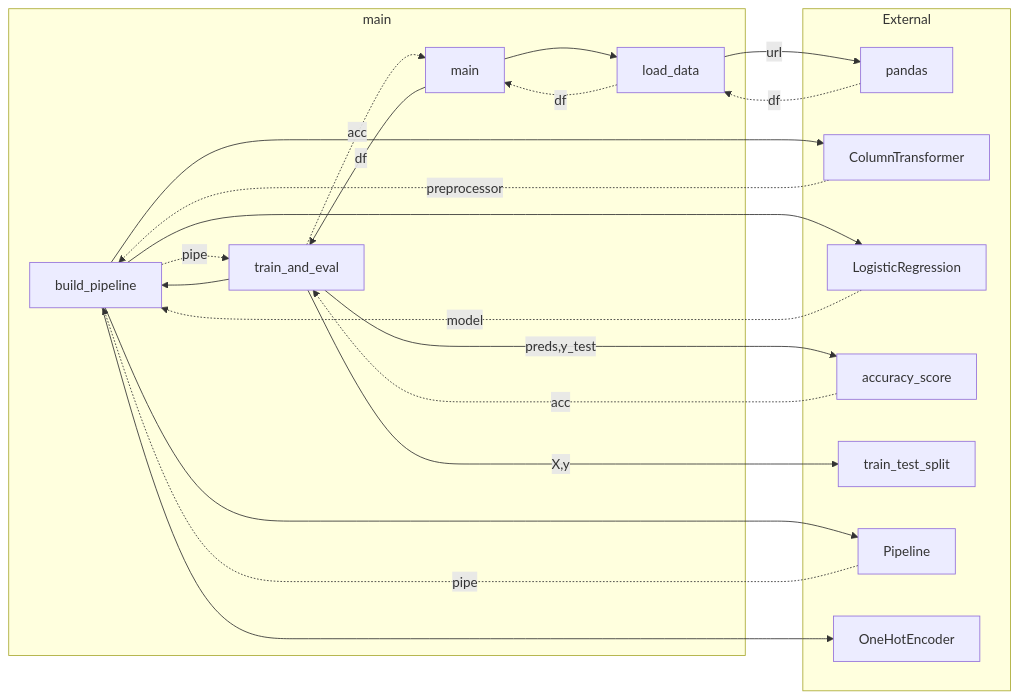
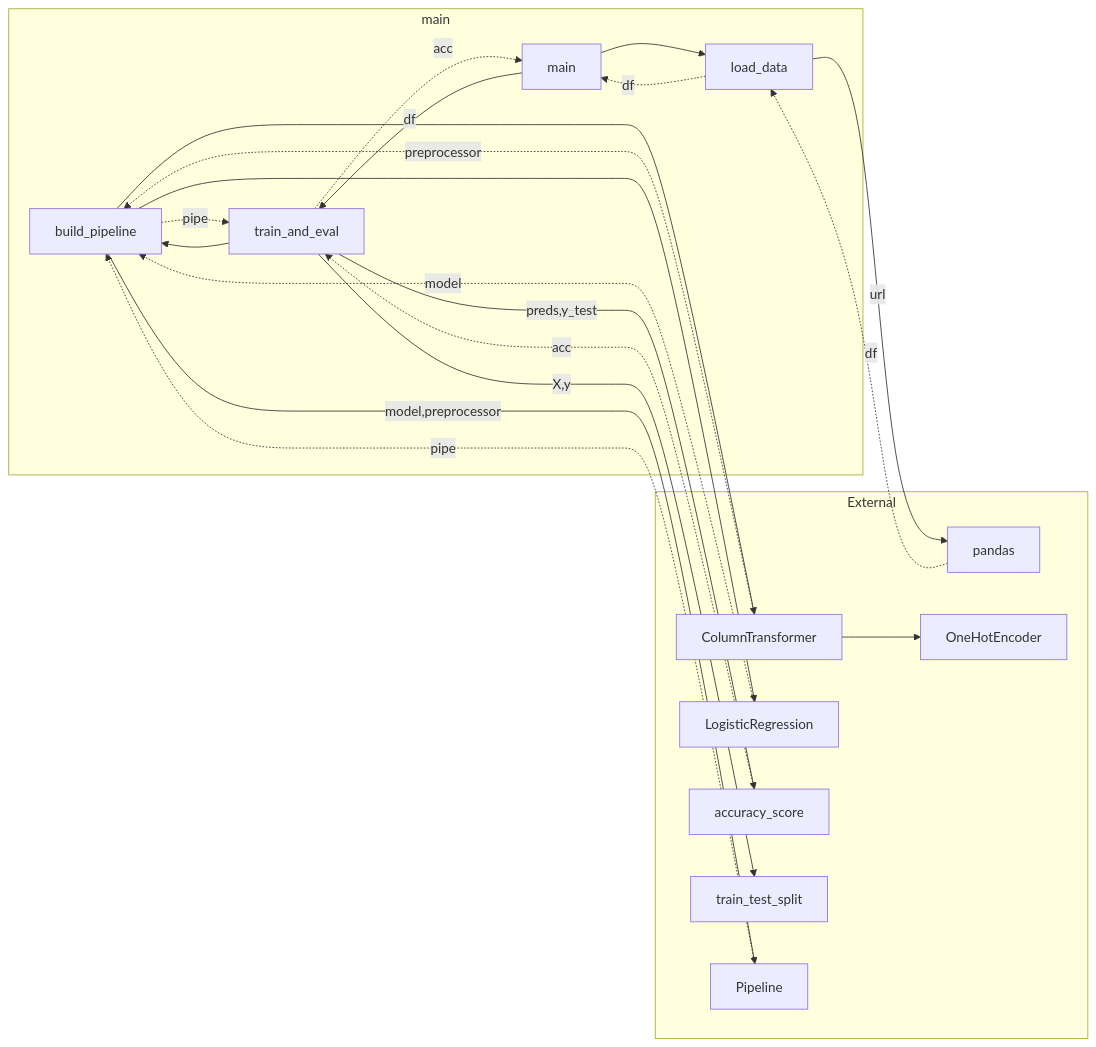
One commit to ArunKoundinya/py-flow-mapper changed the third of 4 diagrams in docs/examples.qmd. Above: the diagram before and after it, drawn with Mermaid. The commit also changed other lines of this file, not shown here.

````diff
--- a/docs/examples.qmd
+++ b/docs/examples.qmd
@@ -151,36 +151,36 @@
 ```{mermaid}
 graph LR
     subgraph main [main]
         main_build_pipeline[build_pipeline]
         main_load_data[load_data]
         main_main[main]
         main_train_and_eval[train_and_eval]
     end
     subgraph External [External]
         ext_pandas[pandas]
         ext_sklearn_compose_ColumnTransformer[ColumnTransformer]
         ext_sklearn_linear_model_LogisticRegression[LogisticRegression]
         ext_sklearn_metrics_accuracy_score[accuracy_score]
         ext_sklearn_model_selection_train_test_split[train_test_split]
         ext_sklearn_pipeline_Pipeline[Pipeline]
         ext_sklearn_preprocessing_OneHotEncoder[OneHotEncoder]
     end
+    ext_sklearn_compose_ColumnTransformer --> ext_sklearn_preprocessing_OneHotEncoder
     main_main --> main_load_data
     main_main --> |df| main_train_and_eval
     main_load_data --> |url| ext_pandas
     main_train_and_eval --> |X,y| ext_sklearn_model_selection_train_test_split
     main_train_and_eval --> main_build_pipeline
     main_train_and_eval --> |preds,y_test| ext_sklearn_metrics_accuracy_score
     main_build_pipeline --> ext_sklearn_compose_ColumnTransformer
-    main_build_pipeline --> ext_sklearn_preprocessing_OneHotEncoder
     main_build_pipeline --> ext_sklearn_linear_model_LogisticRegression
-    main_build_pipeline --> ext_sklearn_pipeline_Pipeline
+    main_build_pipeline --> |model,preprocessor| ext_sklearn_pipeline_Pipeline
     main_load_data -.->|df| main_main
     main_train_and_eval -.->|acc| main_main
     ext_pandas -.->|df| main_load_data
     main_build_pipeline -.->|pipe| main_train_and_eval
     ext_sklearn_metrics_accuracy_score -.->|acc| main_train_and_eval
     ext_sklearn_compose_ColumnTransformer -.->|preprocessor| main_build_pipeline
     ext_sklearn_linear_model_LogisticRegression -.->|model| main_build_pipeline
     ext_sklearn_pipeline_Pipeline -.->|pipe| main_build_pipeline
 ```
````
